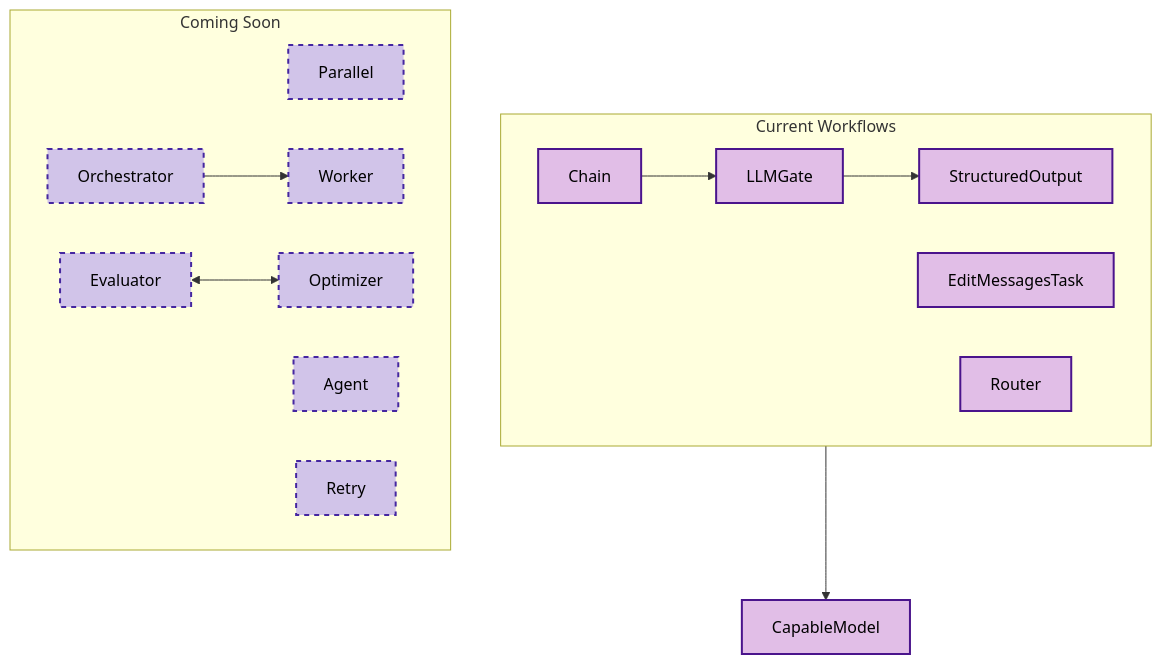
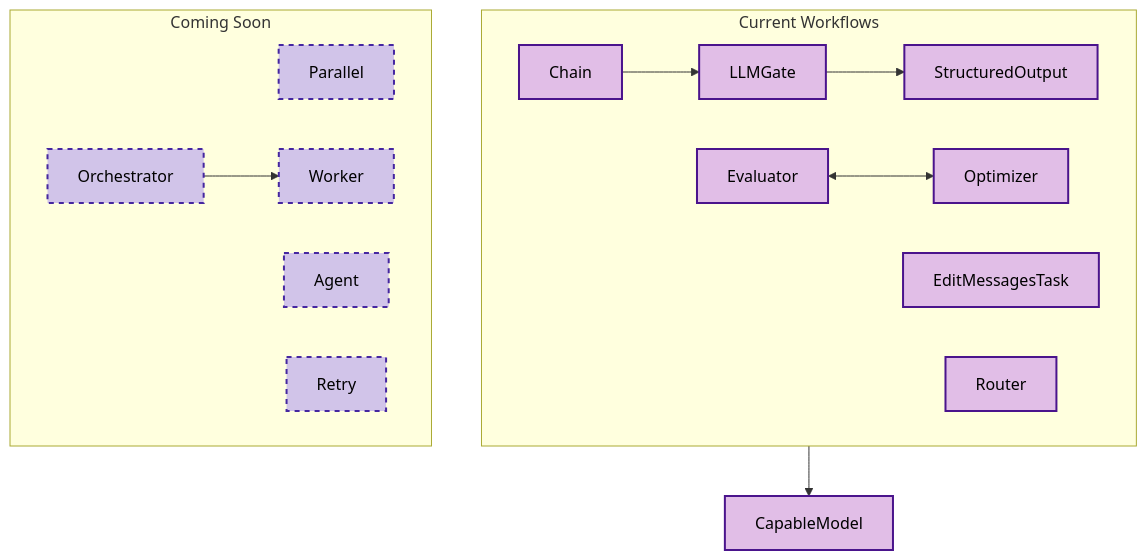
One commit to liamzdenek/ferment-ai changed the seventh of 9 diagrams in README.md. Above: the diagram before and after it, drawn with Mermaid. The commit also changed other lines of this file and 11 other files, not shown here.

Commit message:
wip: Implement Evaluator-Optimizer, but wip StructuredOutput bugs because of it

````diff
--- a/README.md
+++ b/README.md
@@ -265,31 +266,30 @@
 ```mermaid
 flowchart TB
     classDef workflowClass fill:#e1bee7,stroke:#4a148c,stroke-width:2px,color:#000000
     classDef comingSoonClass fill:#d1c4e9,stroke:#4527a0,stroke-width:2px,color:#000000,stroke-dasharray: 5 5
     
     CapableModel[CapableModel]
     
     subgraph CurrentWorkflows["Current Workflows"]
         LLMGate[LLMGate]
         Chain[Chain]
         
         Chain --> LLMGate
         LLMGate --> StructuredOutput[StructuredOutput]
-
+        Evaluator[Evaluator] <--> Optimizer[Optimizer]
         EditMessagesTask
         Router["Router"]
     end
     
     subgraph "Coming Soon"
         Parallel[Parallel]
         Orchestrator[Orchestrator] --> Worker[Worker]
-        Evaluator[Evaluator] <--> Optimizer[Optimizer]
         Agent[Agent]
         Retry[Retry]
     end
     
     CurrentWorkflows --> CapableModel
     
-    class CapableModel,LLMGate,Chain,StructuredOutput,EditMessagesTask,Router workflowClass
-    class Parallel,Orchestrator,Worker,Evaluator,Optimizer,Agent,Retry comingSoonClass
+    class CapableModel,LLMGate,Chain,StructuredOutput,EditMessagesTask,Router,Evaluator,Optimizer workflowClass
+    class Parallel,Orchestrator,Worker,Agent,Retry comingSoonClass
 ```
````
